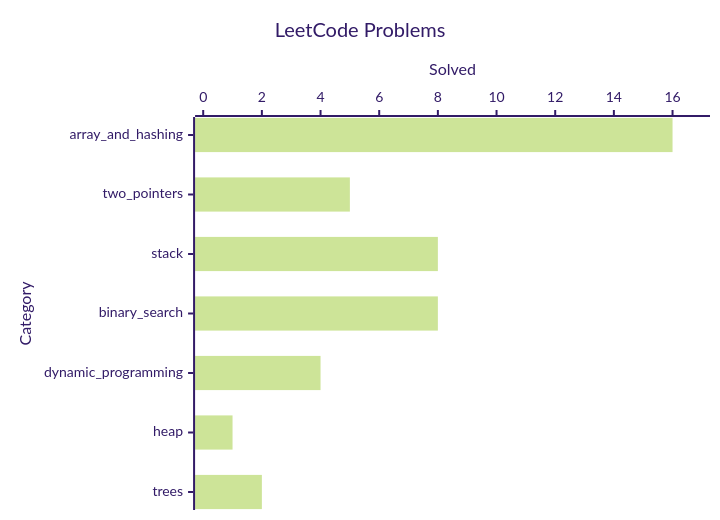
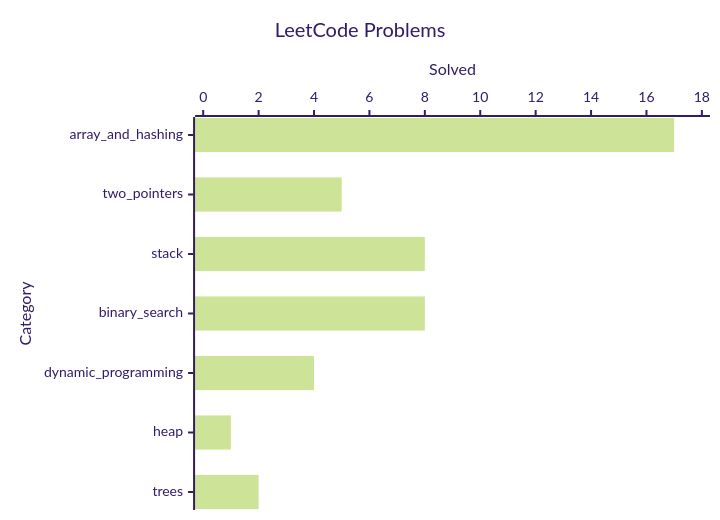
Before and after one commit to kevinknights29/Leetcode_Gym: the diagram in README.md, drawn with Mermaid (forest theme). The commit also changed other lines of this file, not shown here.

Commit message:
docs: added entry to array and hashing section

````diff
--- a/README.md
+++ b/README.md
@@ -7,7 +7,7 @@
 ```mermaid
 xychart-beta horizontal
     title "LeetCode Problems"
     x-axis "Category" [array_and_hashing, two_pointers, stack, binary_search, dynamic_programming, heap, trees]
-    y-axis "Solved" 0 --> 17
-    bar [16, 5, 8, 8, 4, 1, 2, 1]
+    y-axis "Solved" 0 --> 18
+    bar [17, 5, 8, 8, 4, 1, 2, 1]
 ```
````
